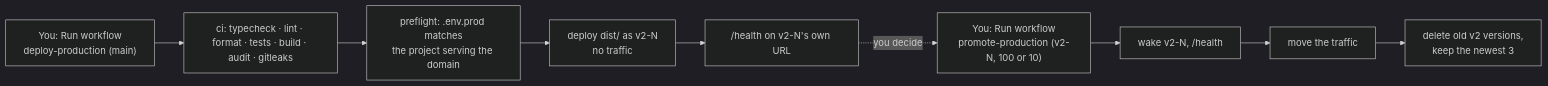
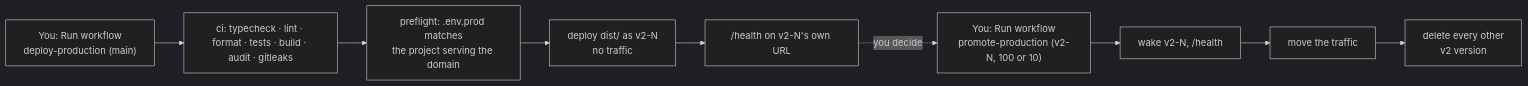
The second of 2 diagrams in docs/06-production.md (switchdevv/switch-server-v2), drawn with Mermaid (dark theme) before and after one commit. The commit also changed other lines of this file and 7 other files, not shown here.

````diff
--- a/docs/06-production.md
+++ b/docs/06-production.md
@@ -56,7 +56,7 @@
 ```mermaid
 flowchart LR
   R["You: Run workflow<br/>deploy-production (main)"] --> CI["ci: typecheck · lint · format · tests · build · audit · gitleaks"]
   CI --> PF[preflight: .env.prod matches<br/>the project serving the domain] --> D["deploy dist/ as v2-N<br/>no traffic"] --> H["/health on v2-N's own URL"]
   H -. you decide .-> P["You: Run workflow<br/>promote-production (v2-N, 100 or 10)"]
-  P --> W["wake v2-N, /health"] --> T[move the traffic] --> K[delete old v2 versions,<br/>keep the newest 3]
+  P --> W["wake v2-N, /health"] --> T[move the traffic] --> K[delete every other<br/>v2 version]
 ```
````
